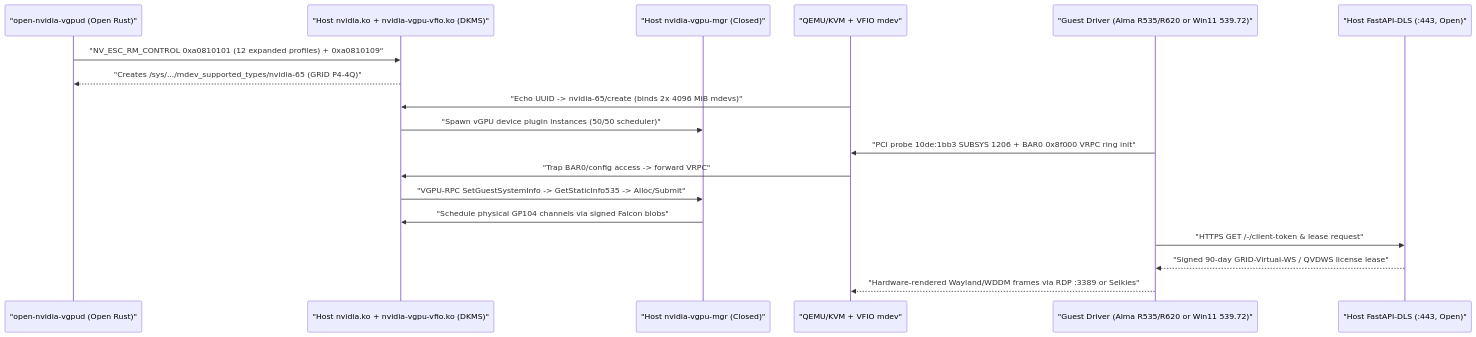
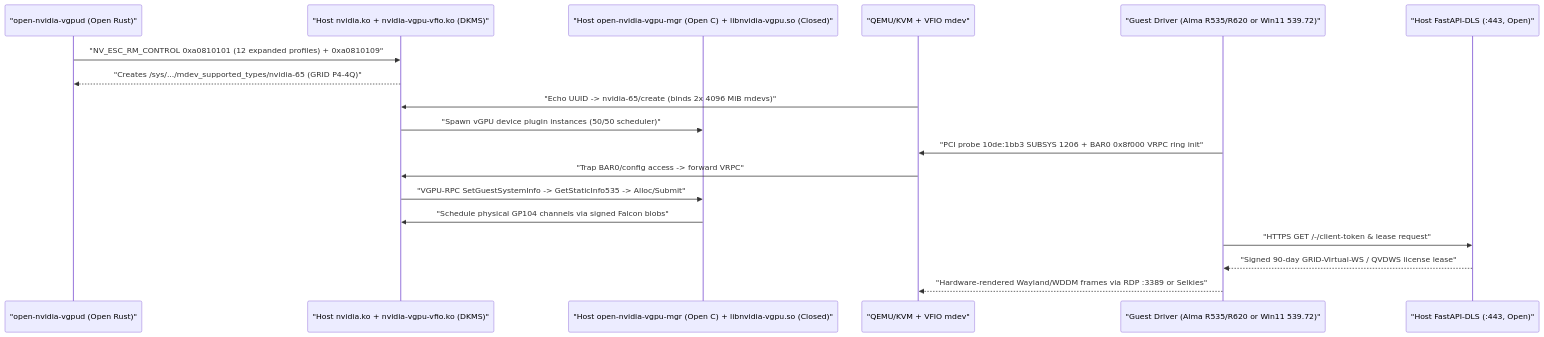
One commit to SanjayRavindran/open-vgpu-tesla-p4 changed the fourth of 4 diagrams in docs/09-OPEN-VS-CLOSED-ARCHITECTURE-DIAGRAMS.md. Above: the diagram before and after it, drawn with Mermaid. The commit also changed other lines of this file and 20 other files, not shown here.

Commit message:
feat(open-vgpu-mgr): clean-room C replacement for nvidia-vgpu-mgr + Category #3 open-source roadmap

````diff
--- a/docs/09-OPEN-VS-CLOSED-ARCHITECTURE-DIAGRAMS.md
+++ b/docs/09-OPEN-VS-CLOSED-ARCHITECTURE-DIAGRAMS.md
@@ -175,21 +177,21 @@
 ```mermaid
 sequenceDiagram
     participant vgpud as "open-nvidia-vgpud (Open Rust)"
     participant nvko as "Host nvidia.ko + nvidia-vgpu-vfio.ko (DKMS)"
-    participant mgr as "Host nvidia-vgpu-mgr (Closed)"
+    participant mgr as "Host open-nvidia-vgpu-mgr (Open C) + libnvidia-vgpu.so (Closed)"
     participant qemu as "QEMU/KVM + VFIO mdev"
     participant guest as "Guest Driver (Alma R535/R620 or Win11 539.72)"
     participant dls as "Host FastAPI-DLS (:443, Open)"
 
     vgpud->>nvko: "NV_ESC_RM_CONTROL 0xa0810101 (12 expanded profiles) + 0xa0810109"
     nvko-->>vgpud: "Creates /sys/.../mdev_supported_types/nvidia-65 (GRID P4-4Q)"
     qemu->>nvko: "Echo UUID -> nvidia-65/create (binds 2x 4096 MiB mdevs)"
     nvko->>mgr: "Spawn vGPU device plugin instances (50/50 scheduler)"
     guest->>qemu: "PCI probe 10de:1bb3 SUBSYS 1206 + BAR0 0x8f000 VRPC ring init"
     qemu->>nvko: "Trap BAR0/config access -> forward VRPC"
     nvko->>mgr: "VGPU-RPC SetGuestSystemInfo -> GetStaticInfo535 -> Alloc/Submit"
     mgr->>nvko: "Schedule physical GP104 channels via signed Falcon blobs"
     guest->>dls: "HTTPS GET /-/client-token & lease request"
     dls-->>guest: "Signed 90-day GRID-Virtual-WS / QVDWS license lease"
     guest-->>qemu: "Hardware-rendered Wayland/WDDM frames via RDP :3389 or Selkies"
 ```
````
